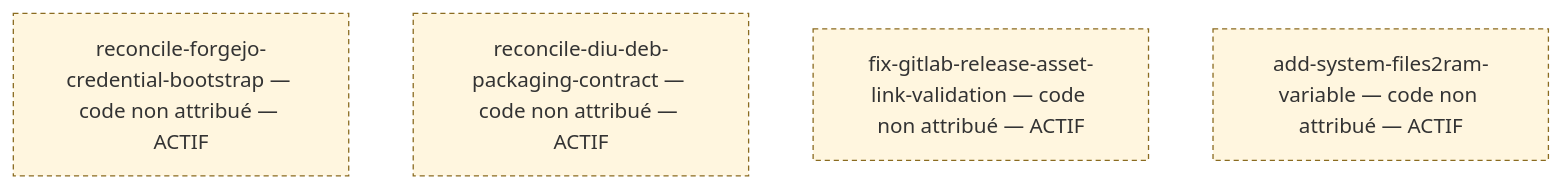
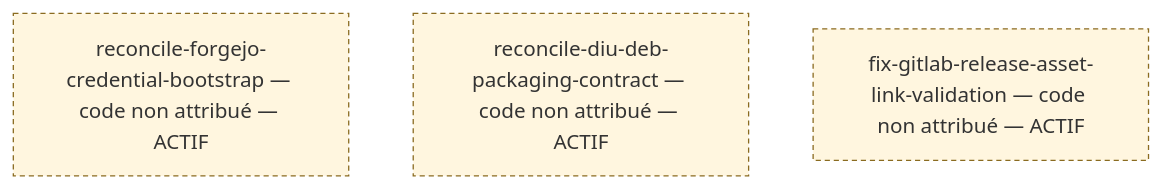
Diagram 11 of 11 in DEVELOPMENT_MAP.md (AzenorPixs/diu), drawn with Mermaid before and after one commit. The commit also changed other lines of this file and 36 other files, not shown here.

````diff
--- a/DEVELOPMENT_MAP.md
+++ b/DEVELOPMENT_MAP.md
@@ -310,9 +310,8 @@
 ```mermaid
 flowchart TB
   classDef provisoire fill:#fff6df,stroke:#8a6b20,stroke-dasharray:4 3
   P_BOOT["reconcile-forgejo-credential-bootstrap — code non attribué — ACTIF"]
   P_PACK["reconcile-diu-deb-packaging-contract — code non attribué — ACTIF"]
   P_LINK["fix-gitlab-release-asset-link-validation — code non attribué — ACTIF"]
-  P_FILES2RAM["add-system-files2ram-variable — code non attribué — ACTIF"]
-  class P_BOOT,P_PACK,P_LINK,P_FILES2RAM provisoire
+  class P_BOOT,P_PACK,P_LINK provisoire
 ```
````
